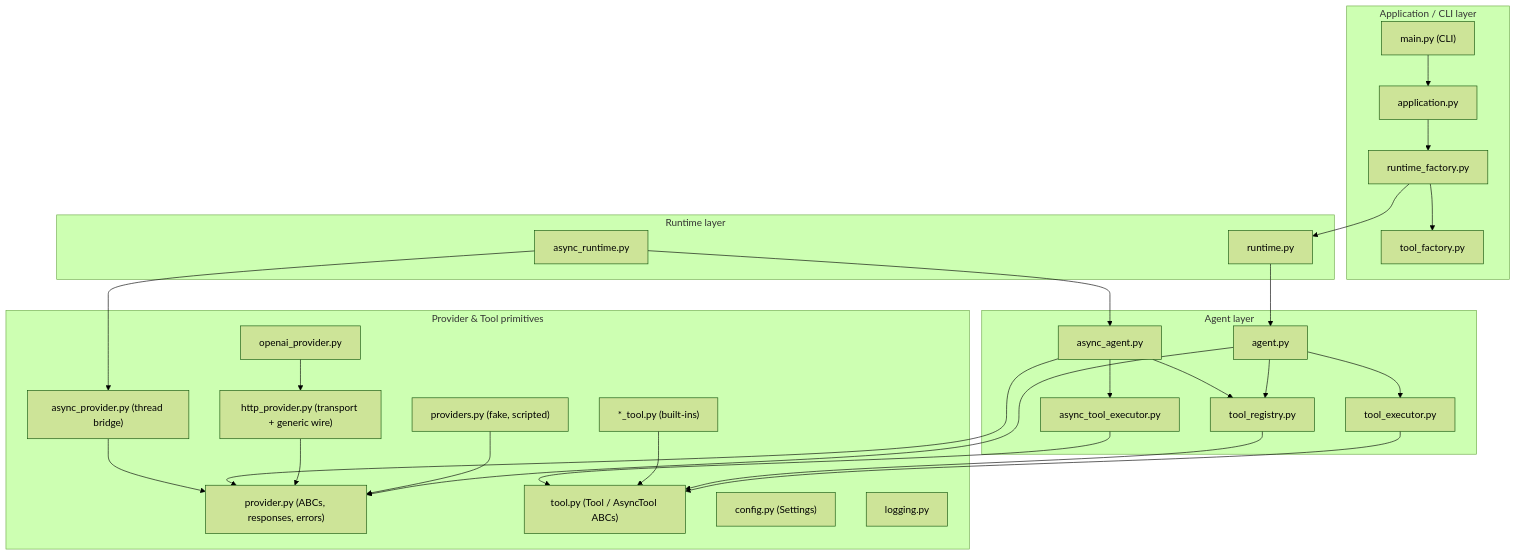
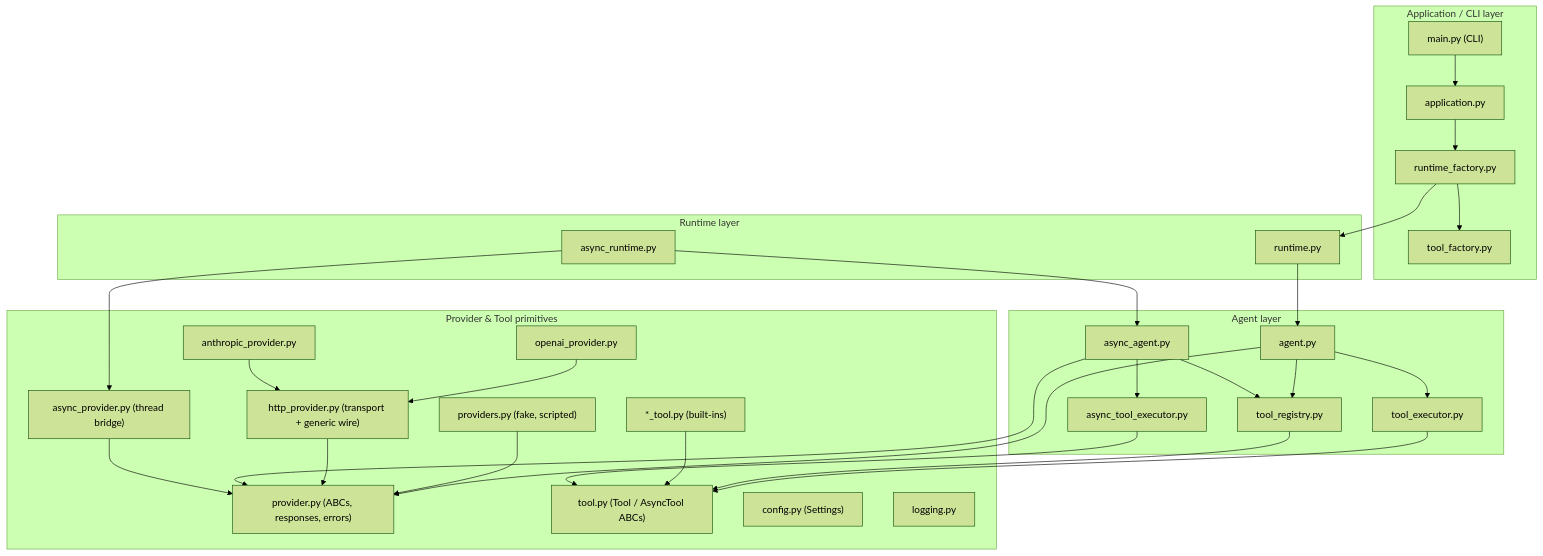
Before and after one commit to Abolfazlrwm/nexusagent: the diagram in docs/architecture.md, drawn with Mermaid (forest theme). The commit also changed other lines of this file and 5 other files, not shown here.

First line of the commit message:
docs: document the Anthropic provider (README, ADR 0007, architecture, status)

````diff
--- a/docs/architecture.md
+++ b/docs/architecture.md
@@ -8,50 +8,52 @@
 ```mermaid
 flowchart TB
     subgraph L4["Application / CLI layer"]
         MAIN["main.py (CLI)"]
         APP["application.py"]
         RF["runtime_factory.py"]
         TF["tool_factory.py"]
     end
     subgraph L3["Runtime layer"]
         RT["runtime.py"]
         ART["async_runtime.py"]
     end
     subgraph L2["Agent layer"]
         AG["agent.py"]
         AAG["async_agent.py"]
         TE["tool_executor.py"]
         ATE["async_tool_executor.py"]
         TRG["tool_registry.py"]
     end
     subgraph L1["Provider & Tool primitives"]
         PR["provider.py (ABCs, responses, errors)"]
         APV["async_provider.py (thread bridge)"]
         PV["providers.py (fake, scripted)"]
         HP["http_provider.py (transport + generic wire)"]
         OP["openai_provider.py"]
+        ANP["anthropic_provider.py"]
         TL["tool.py (Tool / AsyncTool ABCs)"]
         CT["*_tool.py (built-ins)"]
         CF["config.py (Settings)"]
         LG["logging.py"]
     end
     MAIN --> APP --> RF --> RT
     RF --> TF
     RT --> AG
     AG --> TE
     AG --> TRG
     AG --> PR
     TE --> TL
     TRG --> TL
     PV --> PR
     HP --> PR
     OP --> HP
+    ANP --> HP
     CT --> TL
     ART --> AAG
     AAG --> ATE
     AAG --> TRG
     AAG --> PR
     ATE --> TL
     ART --> APV
     APV --> PR
 ```
````
